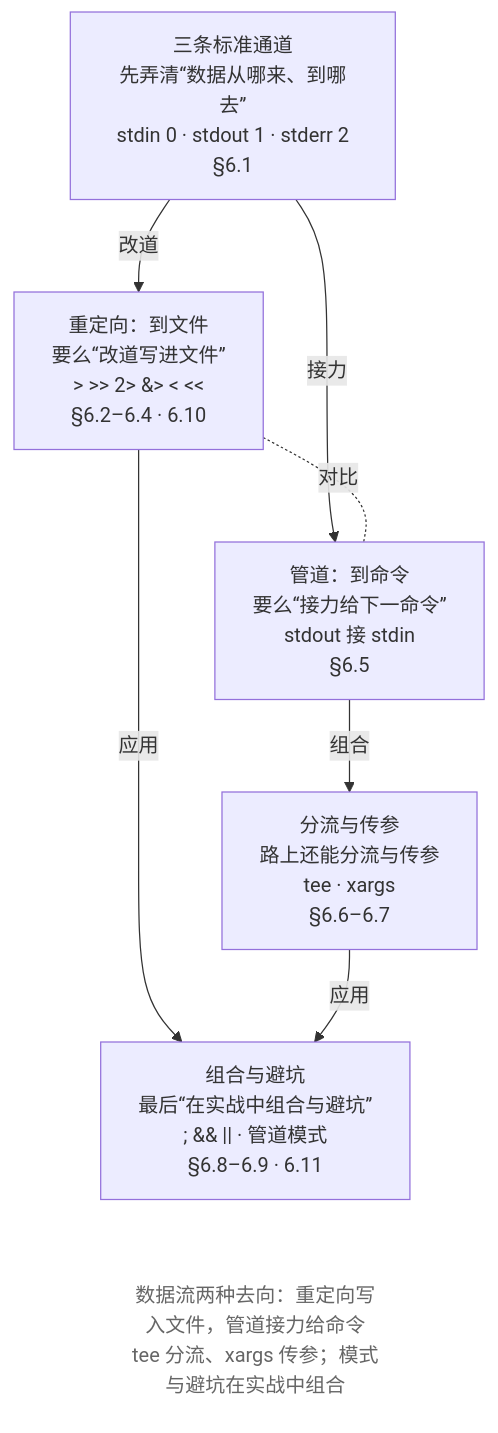
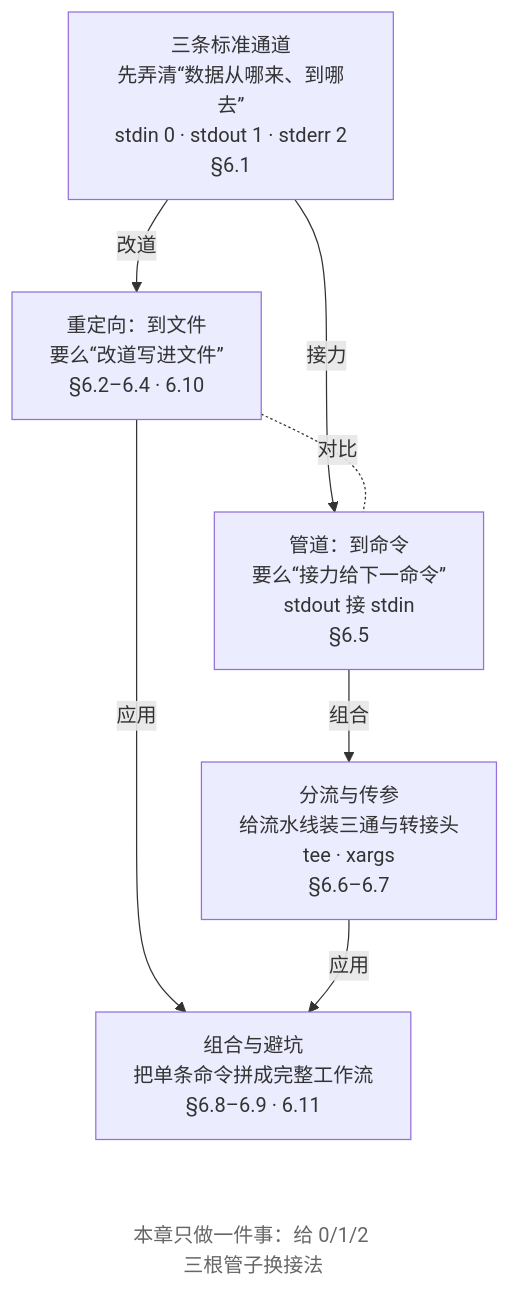
The first of 3 diagrams in src/linux-command/ch06.md (wangxiangnan/wangxiangnan.github.io), drawn with Mermaid before and after one commit. The commit also changed other lines of this file and 25 other files, not shown here.

````diff
--- a/src/linux-command/ch06.md
+++ b/src/linux-command/ch06.md
@@ -14,20 +14,20 @@
 ```mermaid
 flowchart TB
     A["三条标准通道<br>先弄清“数据从哪来、到哪去”<br>stdin 0 · stdout 1 · stderr 2<br>§6.1"]
-    B["重定向：到文件<br>要么“改道写进文件”<br>&gt; &gt;&gt; 2&gt; &amp;&gt; &lt; &lt;&lt;<br>§6.2–6.4 · 6.10"]
+    B["重定向：到文件<br>要么“改道写进文件”<br>§6.2–6.4 · 6.10"]
     C["管道：到命令<br>要么“接力给下一命令”<br>stdout 接 stdin<br>§6.5"]
-    D["分流与传参<br>路上还能分流与传参<br>tee · xargs<br>§6.6–6.7"]
-    E["组合与避坑<br>最后“在实战中组合与避坑”<br>; &amp;&amp; || · 管道模式<br>§6.8–6.9 · 6.11"]
-    NOTE["数据流两种去向：重定向写入文件，管道接力给命令<br>tee 分流、xargs 传参；模式与避坑在实战中组合"]
+    D["分流与传参<br>给流水线装三通与转接头<br>tee · xargs<br>§6.6–6.7"]
+    E["组合与避坑<br>把单条命令拼成完整工作流<br>§6.8–6.9 · 6.11"]
+    NOTE["本章只做一件事：给 0/1/2 三根管子换接法"]
 
     A -->|改道| B
     A -->|接力| C
     B -.-|对比| C
     C -->|组合| D
     B -->|应用| E
     D -->|应用| E
     E ~~~ NOTE
 
     classDef note fill:none,stroke:none,color:#666
     class NOTE note
 ```
````
